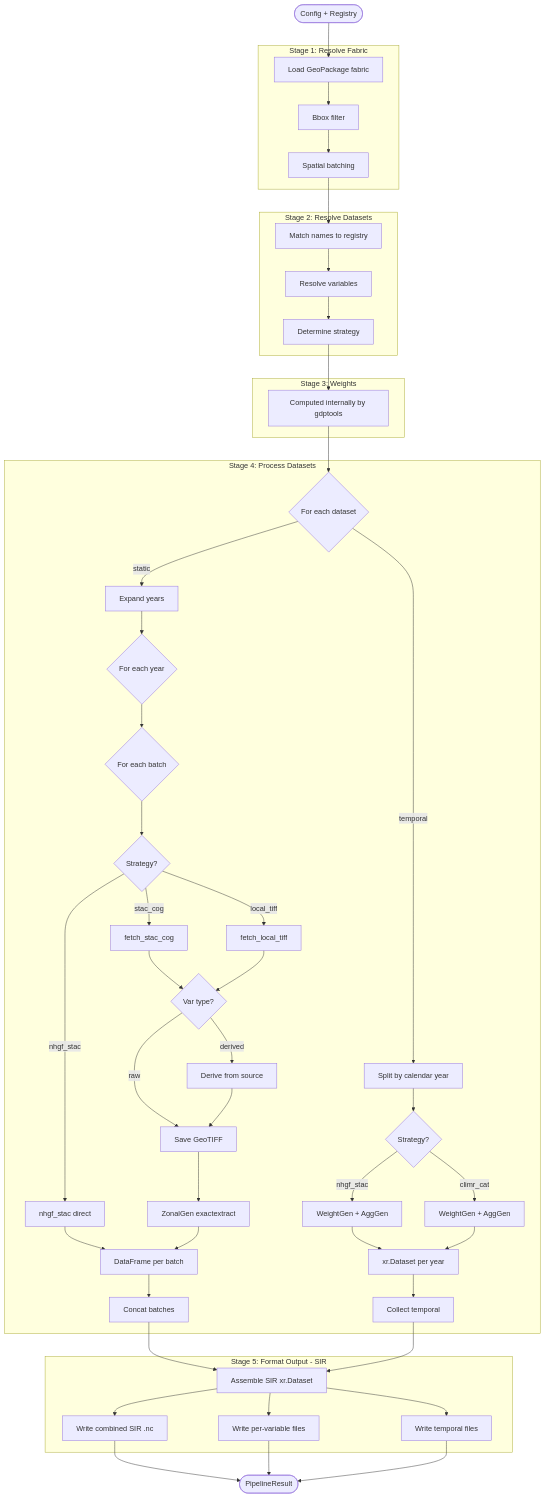
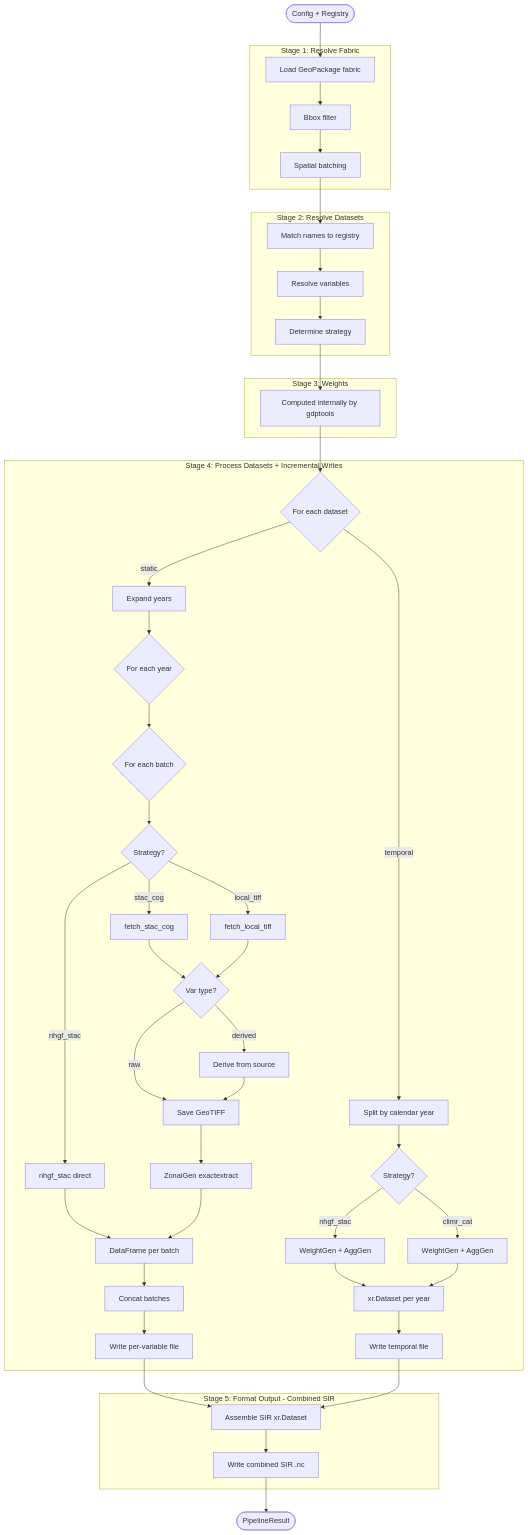
The diagram in docs/pipeline_flowchart.md (rmcd-mscb/hydro-param), drawn with Mermaid before and after one commit. The commit also changed other lines of this file, not shown here.

Commit message:
docs: update pipeline flowchart for incremental writes
Stage 4 now writes per-variable and temporal files incrementally
as each dataset completes. Stage 5 only assembles the combined SIR.

````diff
--- a/docs/pipeline_flowchart.md
+++ b/docs/pipeline_flowchart.md
@@ -3,68 +3,65 @@
 ```mermaid
 flowchart TB
     START(["Config + Registry"]) --> S1A
 
     subgraph Stage1["Stage 1: Resolve Fabric"]
         S1A["Load GeoPackage fabric"] --> S1B["Bbox filter"]
         S1B --> S1C["Spatial batching"]
     end
 
     S1C --> S2A
 
     subgraph Stage2["Stage 2: Resolve Datasets"]
         S2A["Match names to registry"] --> S2B["Resolve variables"]
         S2B --> S2C["Determine strategy"]
     end
 
     S2C --> S3
 
     subgraph Stage3["Stage 3: Weights"]
         S3["Computed internally by gdptools"]
     end
 
     S3 --> LOOP
 
-    subgraph Stage4["Stage 4: Process Datasets"]
+    subgraph Stage4["Stage 4: Process Datasets + Incremental Writes"]
         LOOP{"For each dataset"}
 
         LOOP -->|temporal| T1["Split by calendar year"]
         LOOP -->|static| B0["Expand years"]
 
         T1 --> T2{"Strategy?"}
         T2 -->|nhgf_stac| T3["WeightGen + AggGen"]
         T2 -->|climr_cat| T4["WeightGen + AggGen"]
         T3 --> T5["xr.Dataset per year"]
         T4 --> T5
+        T5 --> TW["Write temporal file"]
 
         B0 --> B1{"For each year"}
         B1 --> B2{"For each batch"}
         B2 --> B3{"Strategy?"}
         B3 -->|stac_cog| B4["fetch_stac_cog"]
         B3 -->|local_tiff| B5["fetch_local_tiff"]
         B3 -->|nhgf_stac| B6["nhgf_stac direct"]
         B4 --> B7{"Var type?"}
         B5 --> B7
         B7 -->|raw| B8["Save GeoTIFF"]
         B7 -->|derived| B9["Derive from source"]
         B9 --> B8
         B8 --> B10["ZonalGen exactextract"]
         B6 --> B11["DataFrame per batch"]
         B10 --> B11
 
         B11 --> MERGE["Concat batches"]
-        T5 --> TMERGE["Collect temporal"]
+        MERGE --> VW["Write per-variable file"]
     end
 
-    MERGE --> S5A
-    TMERGE --> S5A
+    VW --> S5A
+    TW --> S5A
 
-    subgraph Stage5["Stage 5: Format Output - SIR"]
+    subgraph Stage5["Stage 5: Format Output - Combined SIR"]
         S5A["Assemble SIR xr.Dataset"] --> S5B["Write combined SIR .nc"]
-        S5A --> S5C["Write per-variable files"]
-        S5A --> S5D["Write temporal files"]
     end
 
     S5B --> RESULT(["PipelineResult"])
-    S5C --> RESULT
-    S5D --> RESULT
 ```
````
